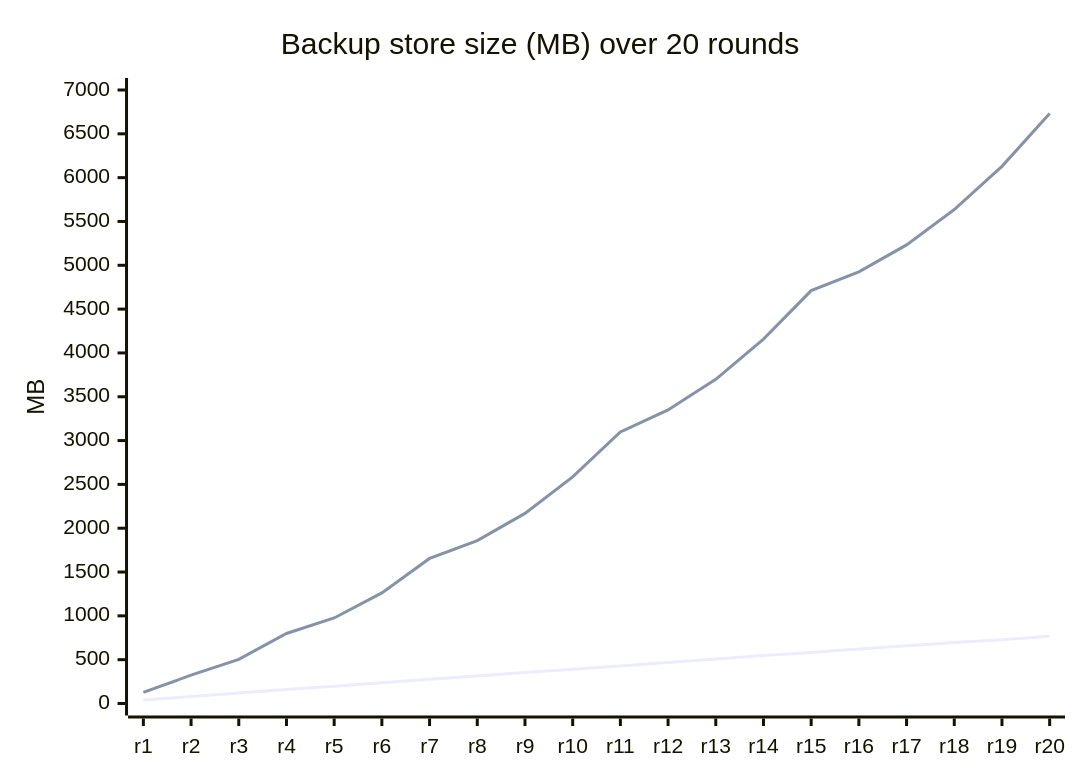
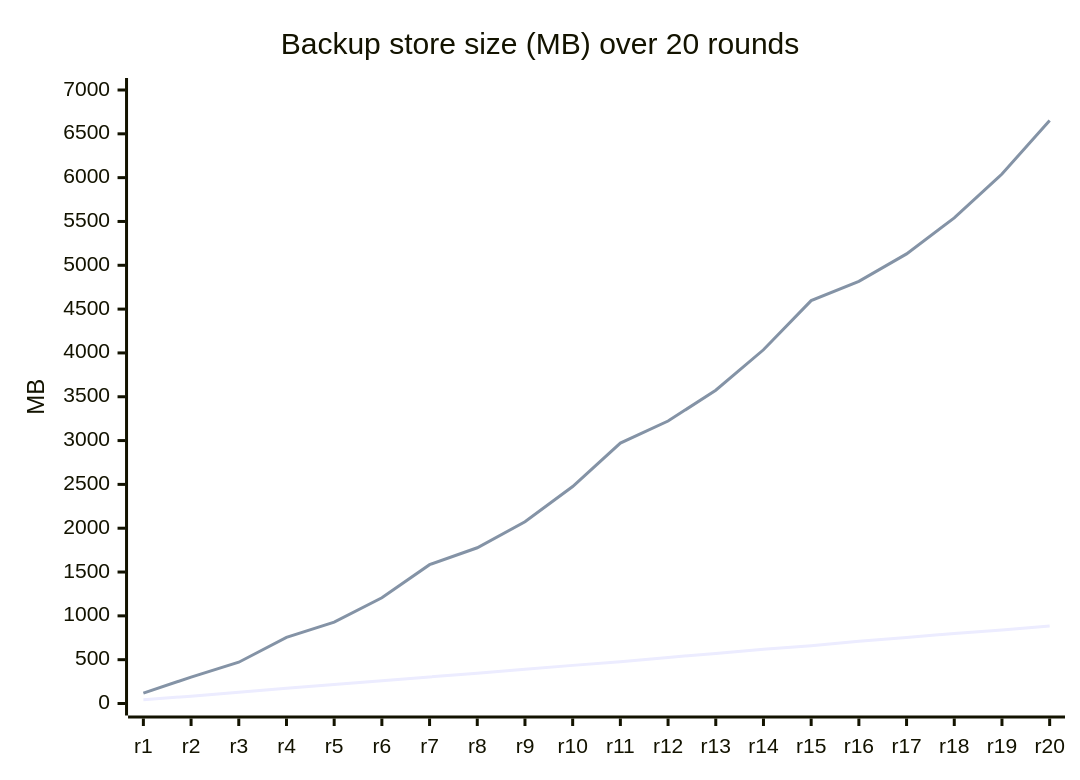
One commit to wb1016/zrdback changed the diagram in README.md. Above: the diagram before and after it, drawn with Mermaid. The commit also changed other lines of this file and 73 other files, not shown here.

````diff
--- a/README.md
+++ b/README.md
@@ -39,8 +39,8 @@
 ```mermaid
 xychart-beta
     title "Backup store size (MB) over 20 rounds"
     x-axis [r1, r2, r3, r4, r5, r6, r7, r8, r9, r10, r11, r12, r13, r14, r15, r16, r17, r18, r19, r20]
     y-axis "MB" 0 --> 7000
-    line [40, 79, 119, 161, 197, 237, 277, 314, 354, 392, 428, 469, 507, 547, 581, 622, 658, 696, 728, 768]
-    line [127, 323, 503, 799, 976, 1262, 1655, 1859, 2169, 2586, 3098, 3350, 3699, 4157, 4711, 4926, 5233, 5636, 6129, 6733]
+    line [43, 84, 128, 175, 216, 260, 303, 345, 390, 435, 476, 526, 571, 618, 660, 710, 754, 800, 838, 884]
+    line [119, 301, 471, 754, 928, 1206, 1584, 1777, 2073, 2476, 2972, 3223, 3574, 4036, 4597, 4816, 5130, 5541, 6041, 6652]
 ```
````
